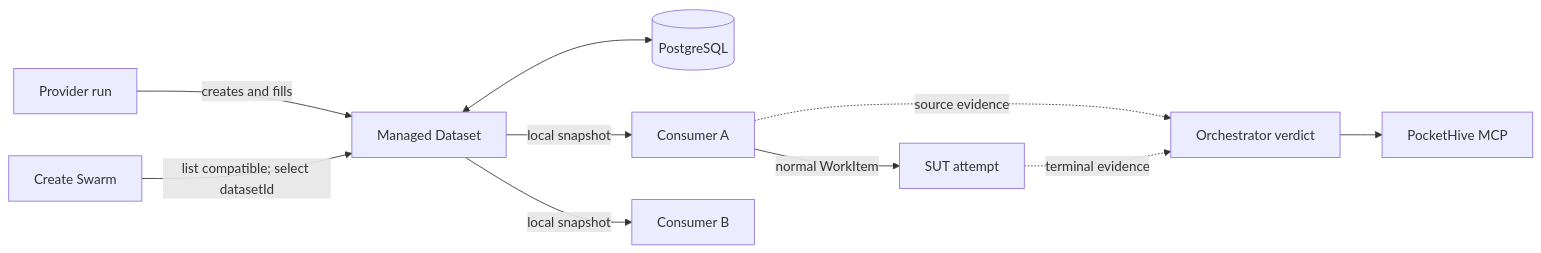
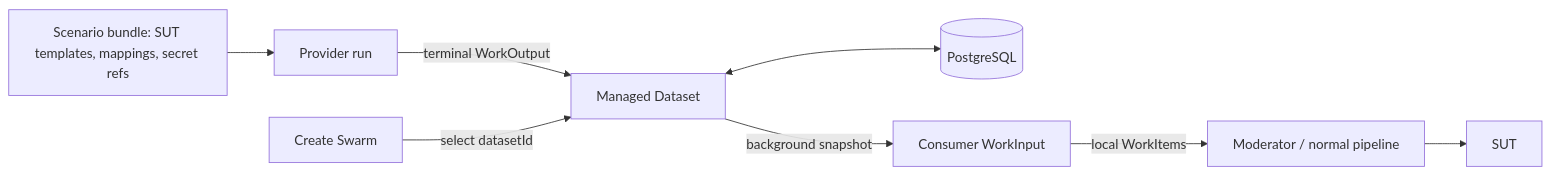
The diagram in docs/inProgress/managed-datasets-team-design-overview.md (sepa79/PocketHive), drawn with Mermaid before and after one commit. The commit also changed other lines of this file and 3 other files, not shown here.

````diff
--- a/docs/inProgress/managed-datasets-team-design-overview.md
+++ b/docs/inProgress/managed-datasets-team-design-overview.md
@@ -29,12 +43,10 @@
 ```mermaid
 flowchart LR
-  P["Provider run"] -->|creates and fills| MD["Managed Dataset"]
-  MD <--> PG[("PostgreSQL")]
-  CS["Create Swarm"] -->|list compatible; select datasetId| MD
-  MD -->|local snapshot| A["Consumer A"]
-  MD -->|local snapshot| B["Consumer B"]
-  A -->|normal WorkItem| SUT["SUT attempt"]
-  A -. source evidence .-> E["Orchestrator verdict"]
-  SUT -. terminal evidence .-> E
-  E --> MCP["PocketHive MCP"]
+  B["Scenario bundle: SUT templates, mappings, secret refs"] --> P["Provider run"]
+  P -->|"terminal WorkOutput"| D["Managed Dataset"]
+  D <--> PG[("PostgreSQL")]
+  CS["Create Swarm"] -->|"select datasetId"| D
+  D -->|"background snapshot"| C["Consumer WorkInput"]
+  C -->|"local WorkItems"| M["Moderator / normal pipeline"]
+  M --> SUT["SUT"]
 ```
````
